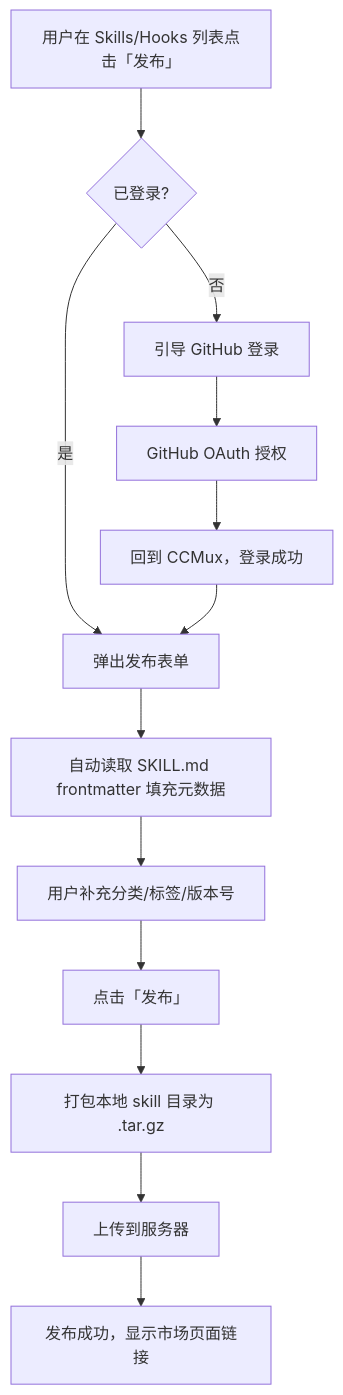
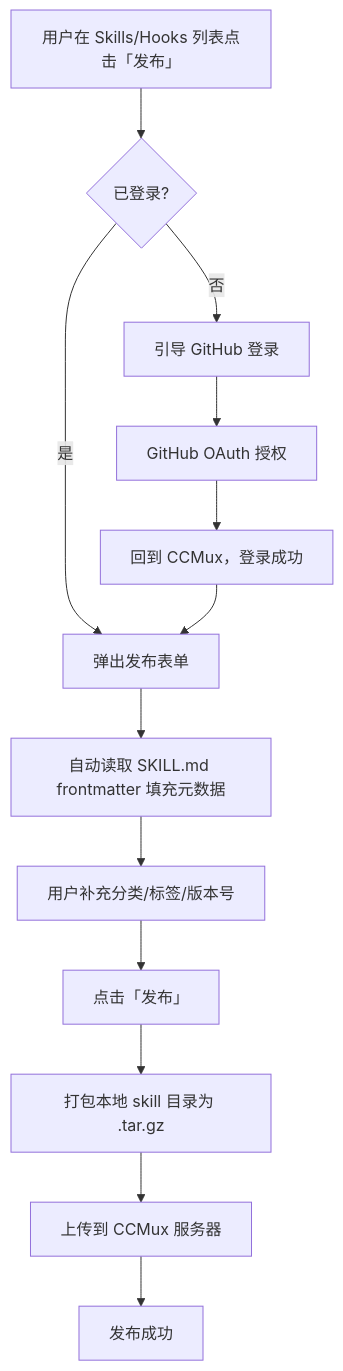
The sixth of 26 diagrams in PRD.md (muxvo/muxvo), drawn with Mermaid before and after one commit. The commit also changed other lines of this file, not shown here.

````diff
--- a/PRD.md
+++ b/PRD.md
@@ -361,15 +380,15 @@
 ```mermaid
 flowchart TD
     A[用户在 Skills/Hooks 列表点击「发布」] --> B{已登录?}
     B -->|否| C[引导 GitHub 登录]
     C --> D[GitHub OAuth 授权]
     D --> E[回到 CCMux，登录成功]
     B -->|是| F[弹出发布表单]
     E --> F
     F --> G[自动读取 SKILL.md frontmatter 填充元数据]
     G --> H[用户补充分类/标签/版本号]
     H --> I[点击「发布」]
     I --> J[打包本地 skill 目录为 .tar.gz]
-    J --> K[上传到服务器]
-    K --> L[发布成功，显示市场页面链接]
+    J --> K[上传到 CCMux 服务器]
+    K --> L[发布成功]
 ```
````
